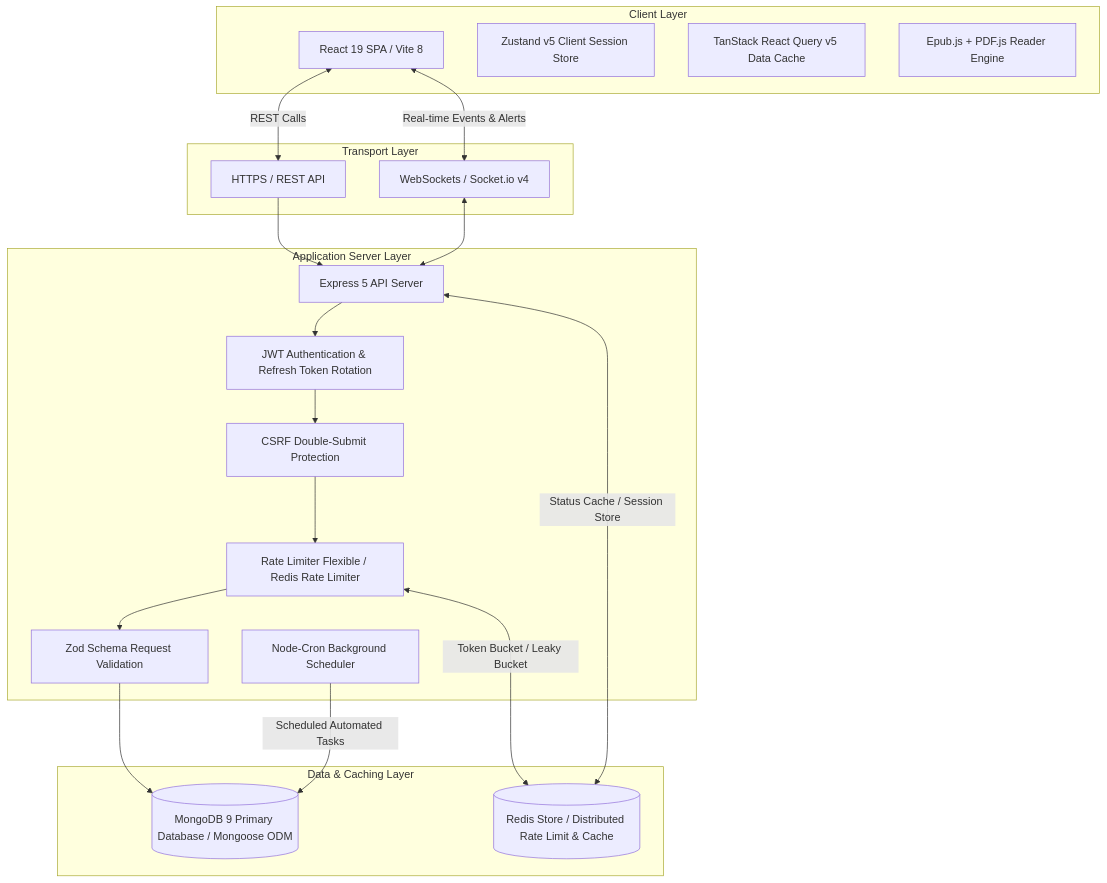
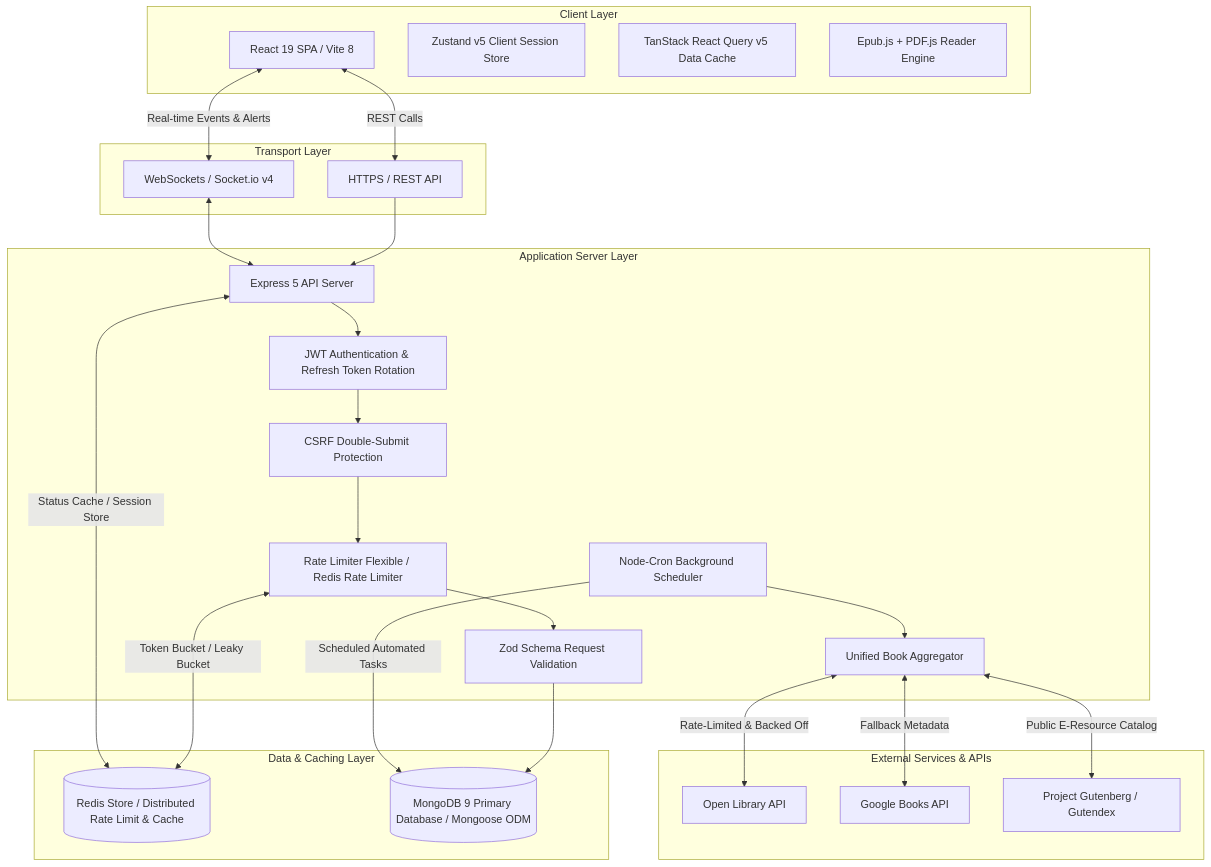
One commit to Aditya-Naikwadi/bookbuddy changed the first of 9 diagrams in README.md. Above: the diagram before and after it, drawn with Mermaid. The commit also changed other lines of this file, not shown here.

````diff
--- a/README.md
+++ b/README.md
@@ -73,43 +77,54 @@
 ```mermaid
 graph TD
     subgraph Client Layer
         SPA[React 19 SPA / Vite 8]
         Zustand[Zustand v5 Client Session Store]
         Query[TanStack React Query v5 Data Cache]
         EpubPDF[Epub.js + PDF.js Reader Engine]
     end
 
     subgraph Transport Layer
         HTTP[HTTPS / REST API]
         WS[WebSockets / Socket.io v4]
     end
 
     subgraph Application Server Layer
         Express[Express 5 API Server]
         AuthGate[JWT Authentication & Refresh Token Rotation]
         CSRFGate[CSRF Double-Submit Protection]
         RateLimit[Rate Limiter Flexible / Redis Rate Limiter]
         ZodGate[Zod Schema Request Validation]
         CronWorker[Node-Cron Background Scheduler]
+        Aggregator[Unified Book Aggregator]
     end
 
     subgraph Data & Caching Layer
         Redis[(Redis Store / Distributed Rate Limit & Cache)]
         MongoDB[(MongoDB 9 Primary Database / Mongoose ODM)]
+    end
+
+    subgraph External Services & APIs
+        OL[Open Library API]
+        GB[Google Books API]
+        Gutenberg[Project Gutenberg / Gutendex]
     end
 
     SPA <-->|REST Calls| HTTP
     SPA <-->|Real-time Events & Alerts| WS
     HTTP --> Express
     WS <--> Express
 
     Express --> AuthGate
     AuthGate --> CSRFGate
     CSRFGate --> RateLimit
     RateLimit --> ZodGate
     ZodGate --> MongoDB
 
     RateLimit <-->|Token Bucket / Leaky Bucket| Redis
     Express <-->|Status Cache / Session Store| Redis
     CronWorker -->|Scheduled Automated Tasks| MongoDB
+    CronWorker --> Aggregator
+    Aggregator <-->|Rate-Limited & Backed Off| OL
+    Aggregator <-->|Fallback Metadata| GB
+    Aggregator <-->|Public E-Resource Catalog| Gutenberg
 ```
````
